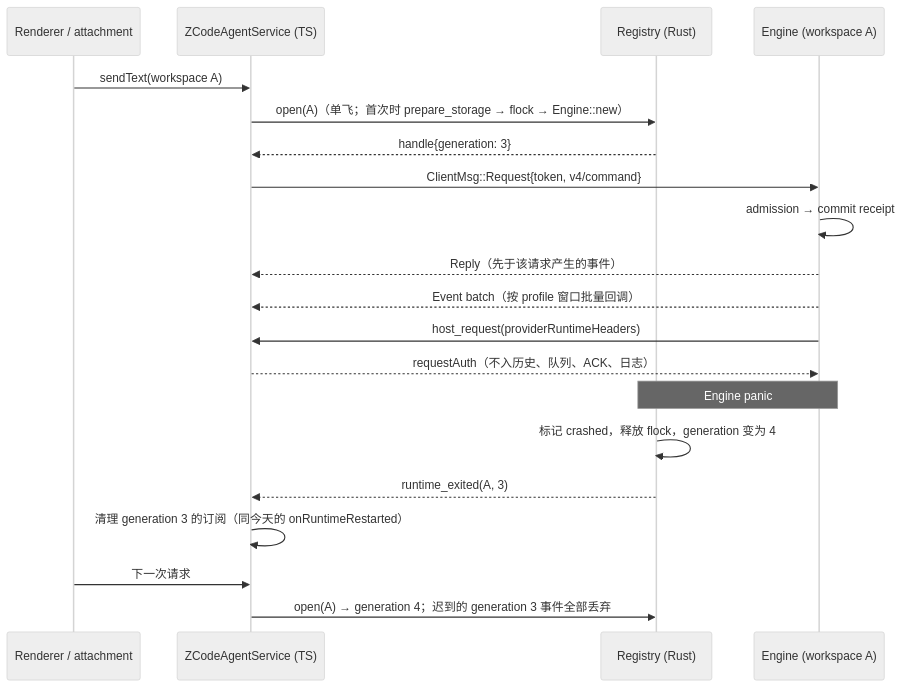
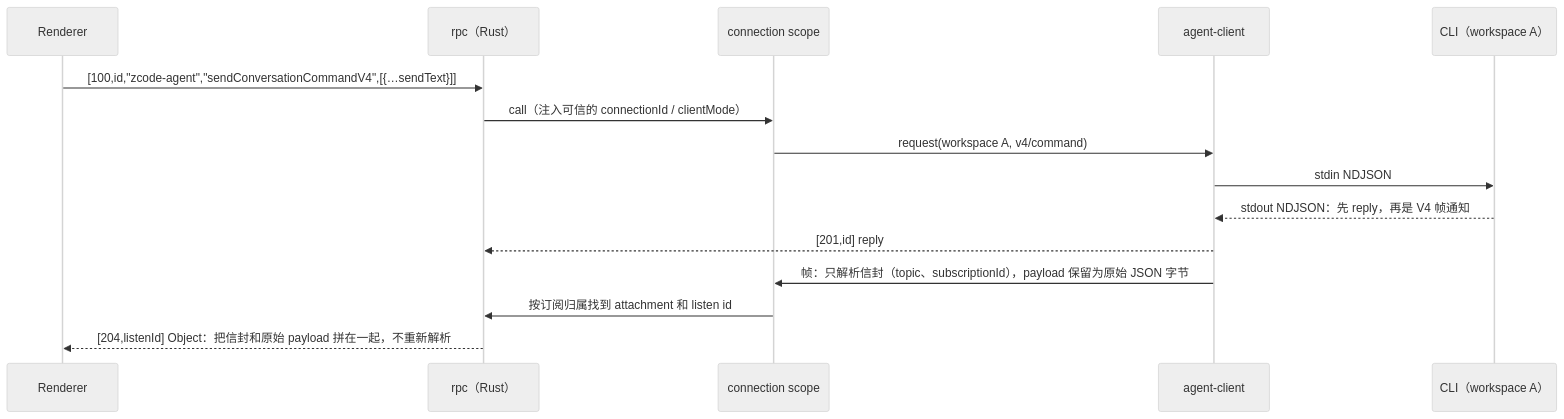
The fifth of 5 diagrams in docs/specs/rust-host.md (Madin-H23/ZCode-rs), drawn with Mermaid (neutral theme) before and after one commit. The commit also changed other lines of this file, not shown here.

First line of the commit message:
docs(rust): replan Rust Host as native rewrite over loopback WebSocket

````diff
--- a/docs/specs/rust-host.md
+++ b/docs/specs/rust-host.md
@@ -235,22 +330,17 @@
 ```mermaid
 sequenceDiagram
-    participant UI as Renderer / attachment
-    participant S as ZCodeAgentService (TS)
-    participant G as Registry (Rust)
-    participant E as Engine (workspace A)
-    UI->>S: sendText(workspace A)
-    S->>G: open(A)（单飞；首次时 prepare_storage → flock → Engine::new）
-    G-->>S: handle{generation: 3}
-    S->>E: ClientMsg::Request{token, v4/command}
-    E->>E: admission → commit receipt
-    E-->>S: Reply（先于该请求产生的事件）
-    E-->>S: Event batch（按 profile 窗口批量回调）
-    E->>S: host_request(providerRuntimeHeaders)
-    S-->>E: requestAuth（不入历史、队列、ACK、日志）
-    Note over G,E: Engine panic
-    G->>G: 标记 crashed，释放 flock，generation 变为 4
-    G-->>S: runtime_exited(A, 3)
-    S->>S: 清理 generation 3 的订阅（同今天的 onRuntimeRestarted）
-    UI->>S: 下一次请求
-    S->>G: open(A) → generation 4；迟到的 generation 3 事件全部丢弃
+    participant P as Renderer
+    participant RPC as rpc（Rust）
+    participant CS as connection scope
+    participant AC as agent-client
+    participant C as CLI（workspace A）
+    P->>RPC: [100,id,"zcode-agent","sendConversationCommandV4",[{…sendText}]]
+    RPC->>CS: call（注入可信的 connectionId / clientMode）
+    CS->>AC: request(workspace A, v4/command)
+    AC->>C: stdin NDJSON
+    C-->>AC: stdout NDJSON：先 reply，再是 V4 帧通知
+    AC-->>RPC: [201,id] reply
+    AC->>CS: 帧：只解析信封（topic、subscriptionId），payload 保留为原始 JSON 字节
+    CS->>RPC: 按订阅归属找到 attachment 和 listen id
+    RPC-->>P: [204,listenId] Object：把信封和原始 payload 拼在一起，不重新解析
 ```
````
